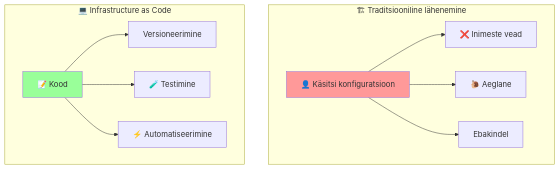
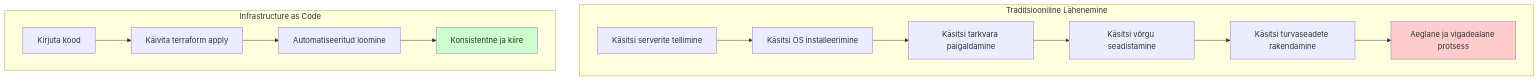
The first of 3 diagrams in docs/terraform_basics/lecture.md (mtalvik/automation), drawn with Mermaid before and after one commit. The commit also changed other lines of this file and 107 other files, not shown here.

````diff
--- a/docs/terraform_basics/lecture.md
+++ b/docs/terraform_basics/lecture.md
@@ -40,27 +22,19 @@
 ```mermaid
 graph TB
-    subgraph "🏗 Traditsiooniline lähenemine"
-        Manual[👤 Käsitsi konfiguratsioon]
-        Error[❌ Inimeste vead]
-        Slow[🐌 Aeglane]
-        Inconsistent[ Ebakindel]
+    subgraph "Traditsiooniline Lähenemine"
+        A[Käsitsi serverite tellimine] --> B[Käsitsi OS installeerimine]
+        B --> C[Käsitsi tarkvara paigaldamine]
+        C --> D[Käsitsi võrgu seadistamine]
+        D --> E[Käsitsi turvaseadete rakendamine]
+        E --> F[Aeglane ja vigadealane protsess]
     end
     
-    subgraph "💻 Infrastructure as Code"
-        Code[📝 Kood]
-        Version[ Versioneerimine]
-        Test[🧪 Testimine]
-        Automate[⚡ Automatiseerimine]
+    subgraph "Infrastructure as Code"
+        G[Kirjuta kood] --> H[Käivita terraform apply]
+        H --> I[Automatiseeritud loomine]
+        I --> J[Konsistentne ja kiire]
     end
     
-    Manual --> Error
-    Manual --> Slow
-    Manual --> Inconsistent
-    
-    Code --> Version
-    Code --> Test
-    Code --> Automate
-    
-    style Manual fill:#ff9999
-    style Code fill:#99ff99
+    style F fill:#ffcccc
+    style J fill:#ccffcc
 ```
````
